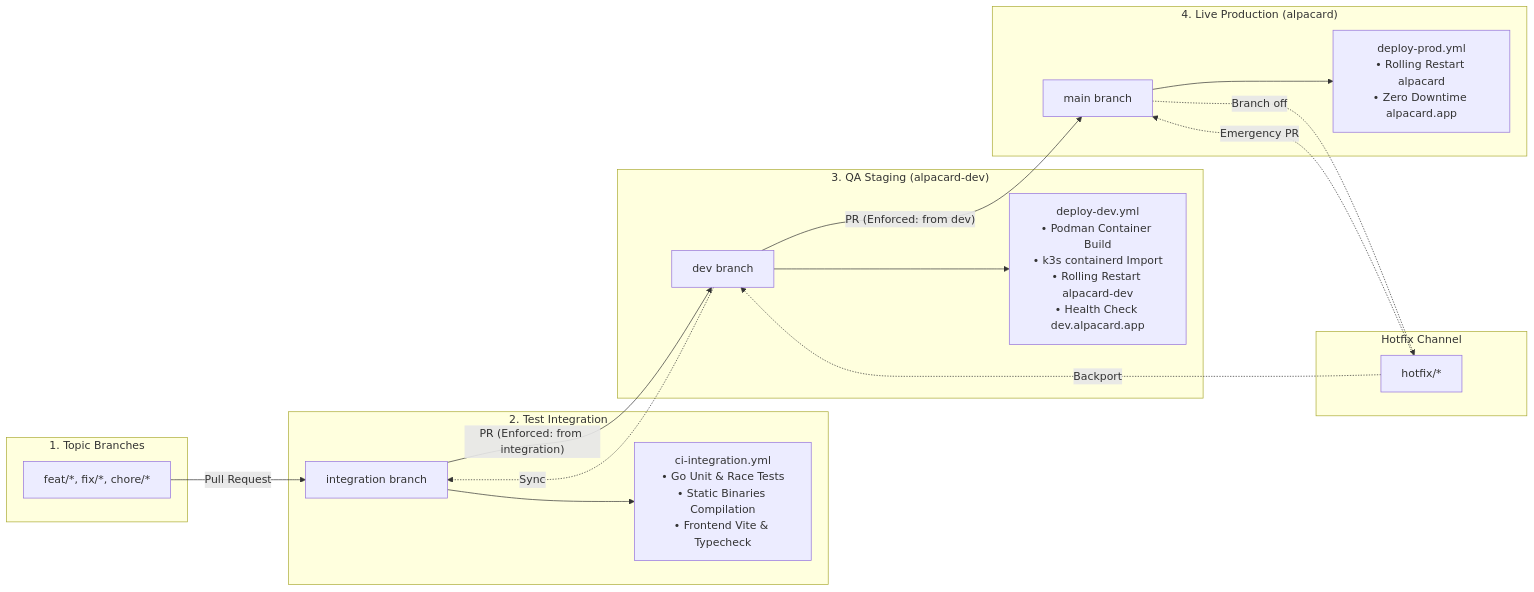
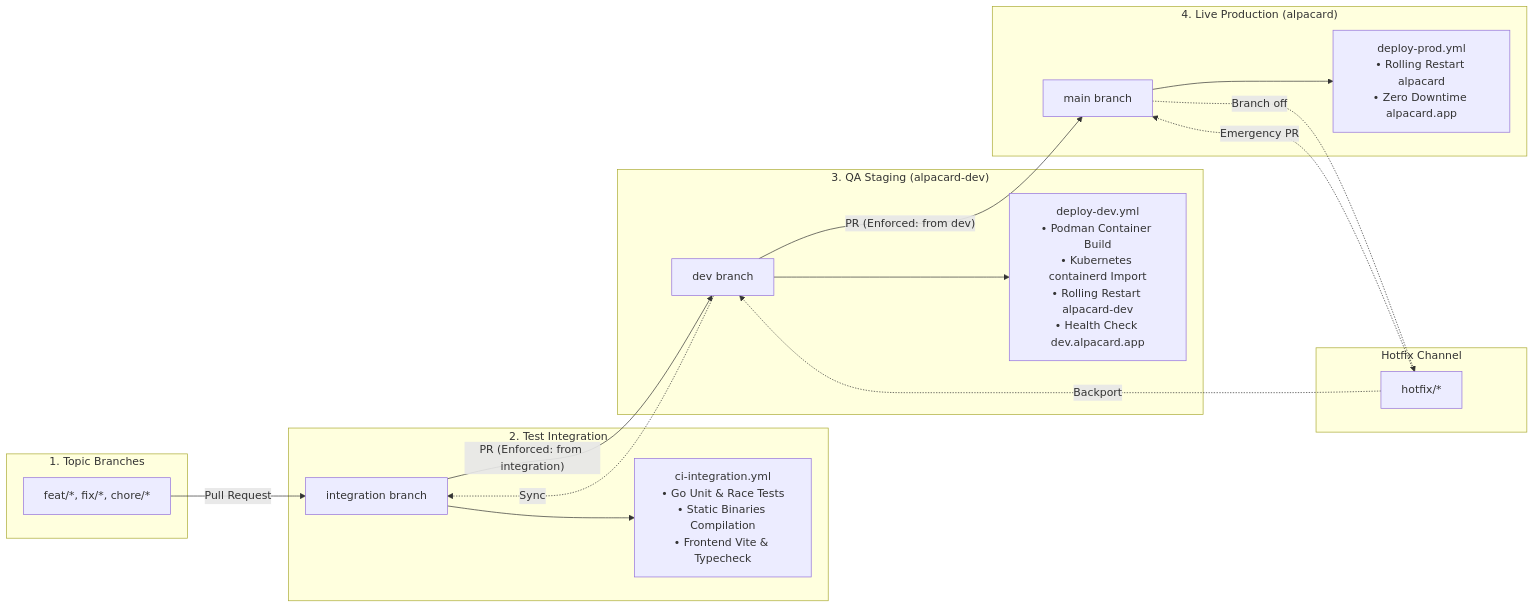
Before and after one commit to Gabmetal/alpacard-web: the diagram in wiki/Branching-Strategy-and-CICD.md, drawn with Mermaid. The commit also changed other lines of this file and 6 other files, not shown here.

Commit message:
docs: mask k3s and homelab references with dedicated kubernetes architecture (#52)

````diff
--- a/wiki/Branching-Strategy-and-CICD.md
+++ b/wiki/Branching-Strategy-and-CICD.md
@@ -9,37 +9,37 @@
 ```mermaid
 flowchart LR
     subgraph TopicBranches ["1. Topic Branches"]
         FEAT["feat/*, fix/*, chore/*"]
     end
 
     subgraph IntegrationStage ["2. Test Integration"]
         INT["integration branch"]
         CI["ci-integration.yml<br/>• Go Unit & Race Tests<br/>• Static Binaries Compilation<br/>• Frontend Vite & Typecheck"]
     end
 
     subgraph QAStage ["3. QA Staging (alpacard-dev)"]
         DEV["dev branch"]
-        DEV_DEPLOY["deploy-dev.yml<br/>• Podman Container Build<br/>• k3s containerd Import<br/>• Rolling Restart alpacard-dev<br/>• Health Check dev.alpacard.app"]
+        DEV_DEPLOY["deploy-dev.yml<br/>• Podman Container Build<br/>• Kubernetes containerd Import<br/>• Rolling Restart alpacard-dev<br/>• Health Check dev.alpacard.app"]
     end
 
     subgraph ProdStage ["4. Live Production (alpacard)"]
         MAIN["main branch"]
         PROD_DEPLOY["deploy-prod.yml<br/>• Rolling Restart alpacard<br/>• Zero Downtime alpacard.app"]
     end
 
     subgraph Emergency ["Hotfix Channel"]
         HOTFIX["hotfix/*"]
     end
 
     FEAT -->|"Pull Request"| INT
     INT --> CI
     INT -->|"PR (Enforced: from integration)"| DEV
     DEV --> DEV_DEPLOY
     DEV -->|"PR (Enforced: from dev)"| MAIN
     MAIN --> PROD_DEPLOY
 
     MAIN -.->|"Branch off"| HOTFIX
     HOTFIX -.->|"Emergency PR"| MAIN
     HOTFIX -.->|"Backport"| DEV
     DEV -.->|"Sync"| INT
 ```
````
